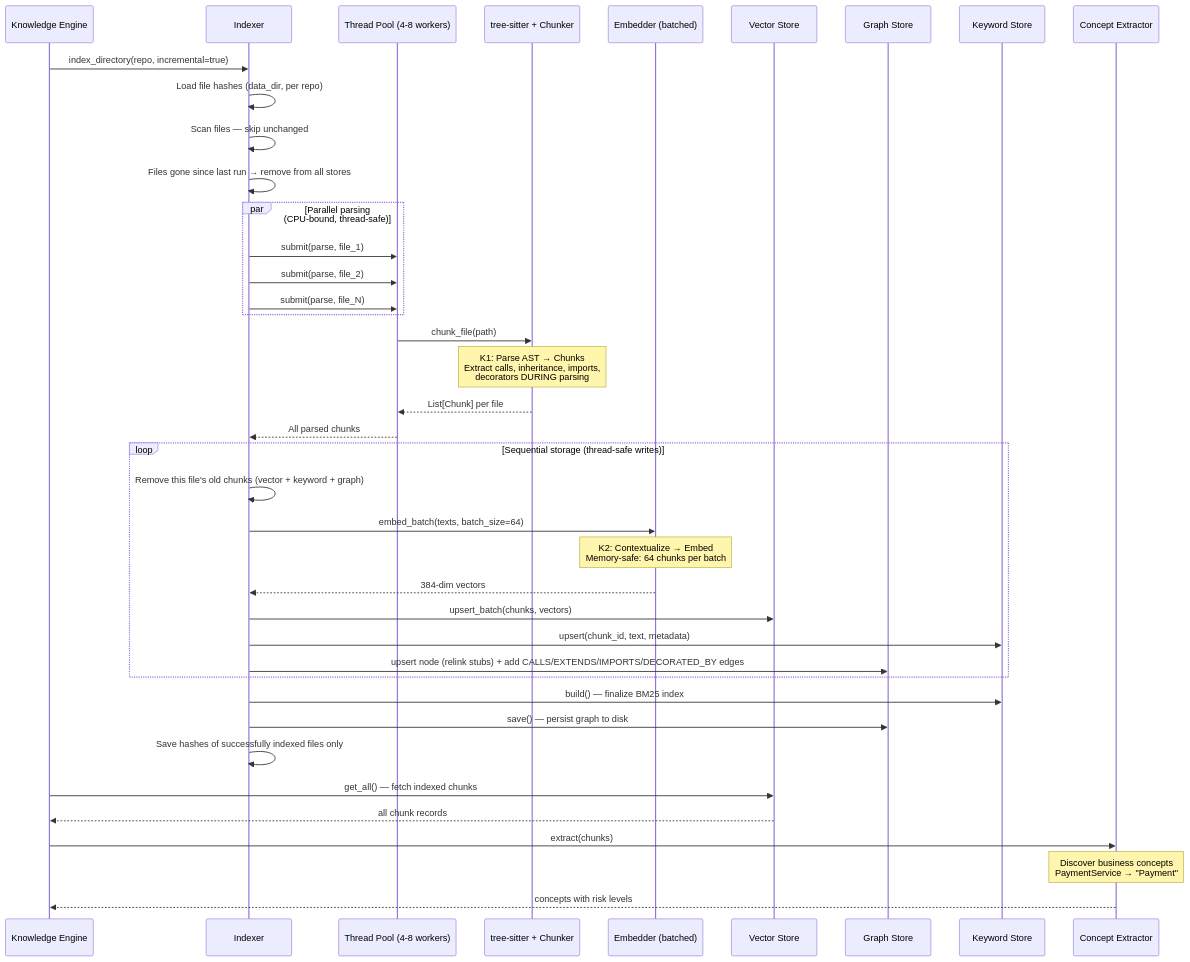
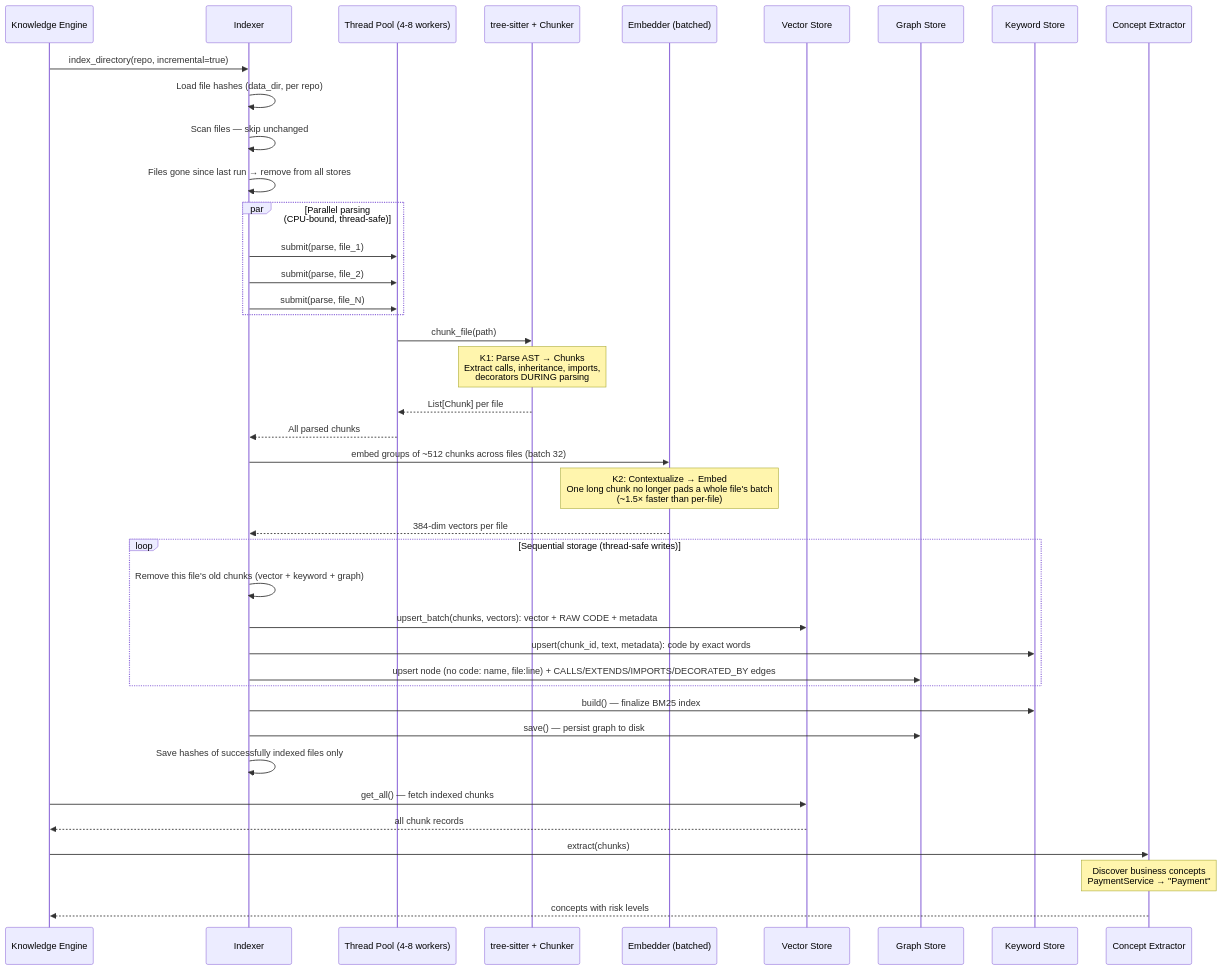
The second of 5 diagrams in KITSUNE_ARCHITECTURE.md (SayantanBong007/-Kitsune), drawn with Mermaid before and after one commit. The commit also changed other lines of this file and 32 other files, not shown here.

````diff
--- a/KITSUNE_ARCHITECTURE.md
+++ b/KITSUNE_ARCHITECTURE.md
@@ -211,48 +241,49 @@
 ```mermaid
 sequenceDiagram
     participant Engine as Knowledge Engine
     participant Idx as Indexer
     participant Pool as Thread Pool (4-8 workers)
     participant Parser as tree-sitter + Chunker
     participant Embed as Embedder (batched)
     participant VS as Vector Store
     participant GS as Graph Store
     participant KS as Keyword Store
     participant CE as Concept Extractor
 
     Engine->>Idx: index_directory(repo, incremental=true)
     Idx->>Idx: Load file hashes (data_dir, per repo)
     Idx->>Idx: Scan files — skip unchanged
     Idx->>Idx: Files gone since last run → remove from all stores
 
     par Parallel parsing (CPU-bound, thread-safe)
         Idx->>Pool: submit(parse, file_1)
         Idx->>Pool: submit(parse, file_2)
         Idx->>Pool: submit(parse, file_N)
     end
 
     Pool->>Parser: chunk_file(path)
     Note over Parser: K1: Parse AST → Chunks<br/>Extract calls, inheritance, imports,<br/>decorators DURING parsing
     Parser-->>Pool: List[Chunk] per file
     Pool-->>Idx: All parsed chunks
 
+    Idx->>Embed: embed groups of ~512 chunks across files (batch 32)
+    Note over Embed: K2: Contextualize → Embed<br/>One long chunk no longer pads a whole file's batch<br/>(~1.5× faster than per-file)
+    Embed-->>Idx: 384-dim vectors per file
+
     loop Sequential storage (thread-safe writes)
         Idx->>Idx: Remove this file's old chunks (vector + keyword + graph)
-        Idx->>Embed: embed_batch(texts, batch_size=64)
-        Note over Embed: K2: Contextualize → Embed<br/>Memory-safe: 64 chunks per batch
-        Embed-->>Idx: 384-dim vectors
-        Idx->>VS: upsert_batch(chunks, vectors)
-        Idx->>KS: upsert(chunk_id, text, metadata)
-        Idx->>GS: upsert node (relink stubs) + add CALLS/EXTENDS/IMPORTS/DECORATED_BY edges
+        Idx->>VS: upsert_batch(chunks, vectors): vector + RAW CODE + metadata
+        Idx->>KS: upsert(chunk_id, text, metadata): code by exact words
+        Idx->>GS: upsert node (no code: name, file:line) + CALLS/EXTENDS/IMPORTS/DECORATED_BY edges
     end
 
     Idx->>KS: build() — finalize BM25 index
     Idx->>GS: save() — persist graph to disk
     Idx->>Idx: Save hashes of successfully indexed files only
 
     Engine->>VS: get_all() — fetch indexed chunks
     VS-->>Engine: all chunk records
     Engine->>CE: extract(chunks)
     Note over CE: Discover business concepts<br/>PaymentService → "Payment"
     CE-->>Engine: concepts with risk levels
 ```
````
